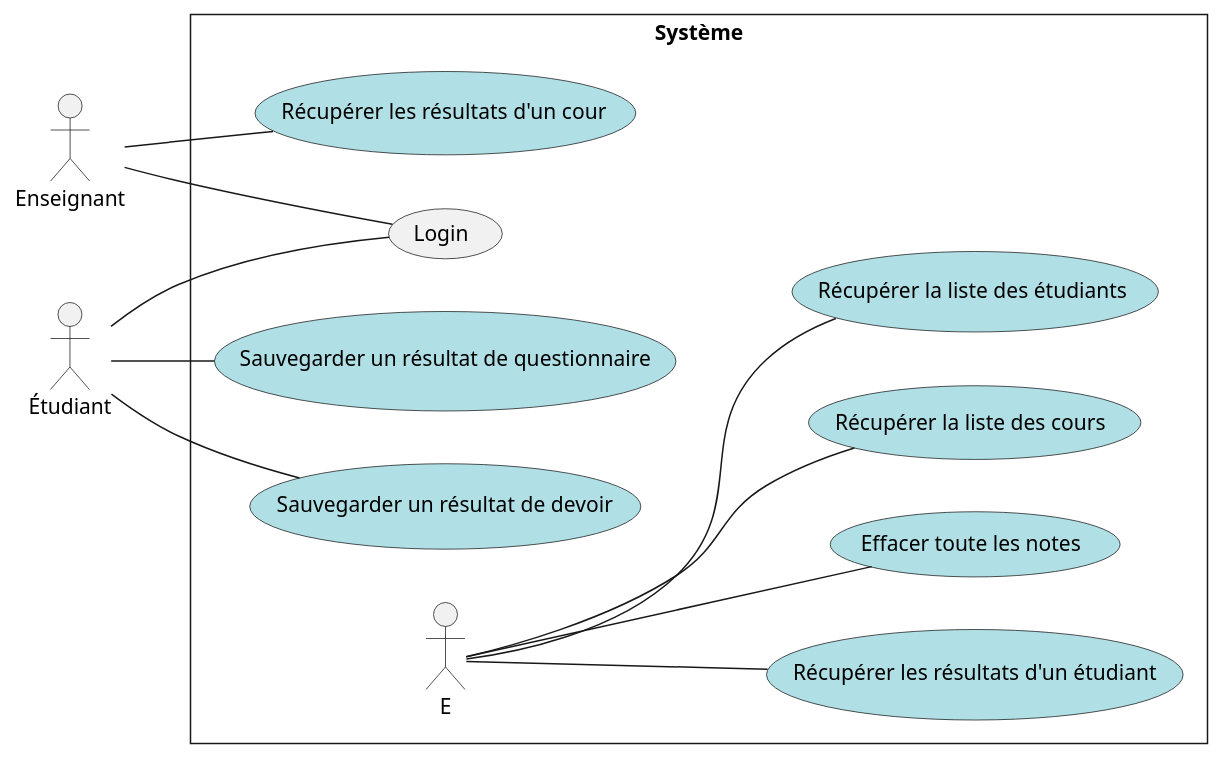
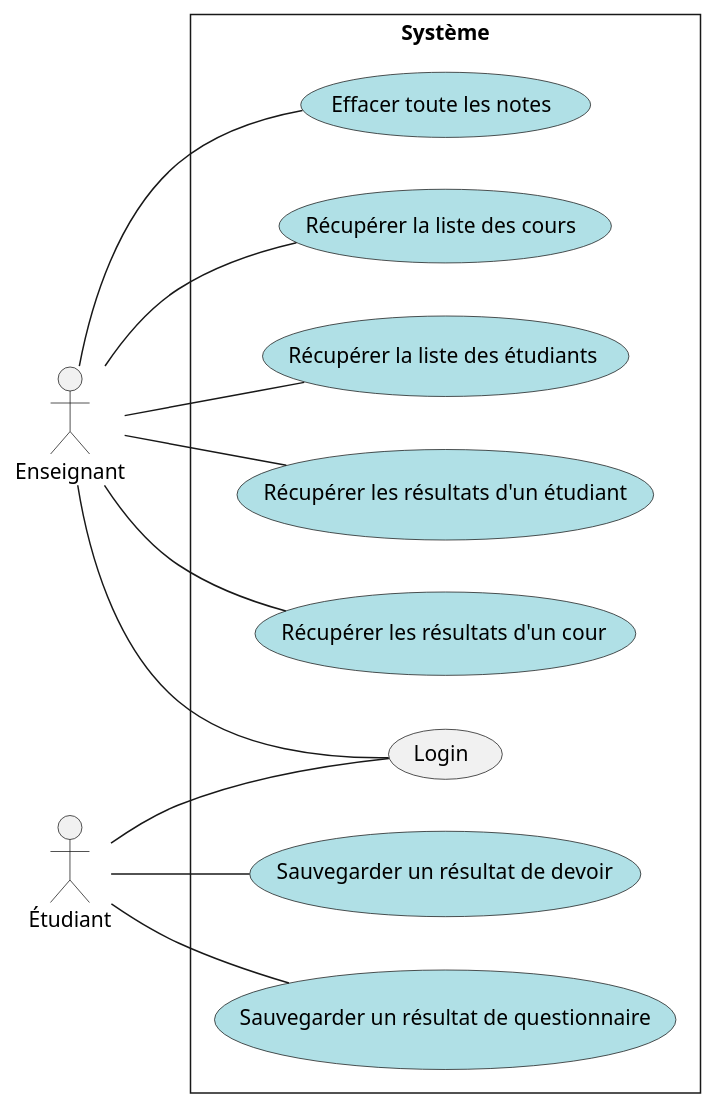
The diagram in docs/dcu.puml (cc-yvanross/cc-yvanross.github.io), drawn with PlantUML before and after one commit.

Commit message:
rework dcu

```diff
--- a/docs/dcu.puml
+++ b/docs/dcu.puml
@@ -1,29 +1,29 @@
 @startuml
 left to right direction
 skinparam style strictuml
 skinparam packageStyle rect
 skinparam backgroundcolor transparent
 skinparam defaultfontname Verdana
 actor "Enseignant" as T
 actor "Étudiant" as S
 
 rectangle "Système" {
   (Sauvegarder un résultat de devoir) as SRD #powderblue
   (Sauvegarder un résultat de questionnaire) as SRQ #powderblue
   (Récupérer les résultats d'un étudiant) as RRE #powderblue
   (Récupérer les résultats d'un cour) as RRC #powderblue
   (Effacer toute les notes) as EN #powderblue
   (Récupérer la liste des cours) as RLC #powderblue
   (Récupérer la liste des étudiants) as RLE #powderblue
   (Login) as L
   T -- L
   S -- L
   S -- SRD
   S -- SRQ
-  E -- RRE
+  T -- RRE
   T -- RRC
-  E -- EN
-  E -- RLC
-  E -- RLE
+  T -- EN
+  T -- RLC
+  T -- RLE
 }
 @enduml
```
